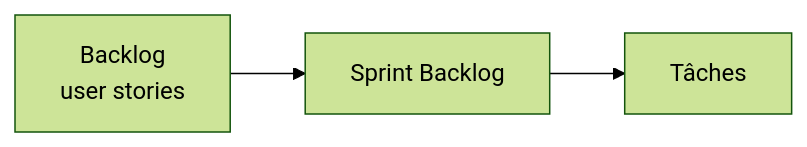
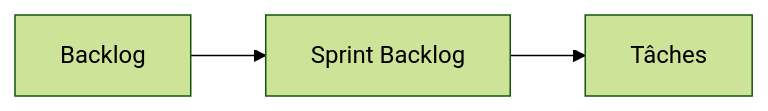
One commit to Adrien490/bloc-3 changed the first of 5 diagrams in slides.md. Above: the diagram before and after it, drawn with Mermaid (forest theme). The commit also changed other lines of this file and 1 other file, not shown here.

````diff
--- a/slides.md
+++ b/slides.md
@@ -123,4 +123,4 @@
 ```mermaid
 graph LR
-    A[Backlog<br/>user stories] --> B[Sprint Backlog] --> C[Tâches]
+    A[Backlog] --> B[Sprint Backlog] --> C[Tâches]
 ```
````
